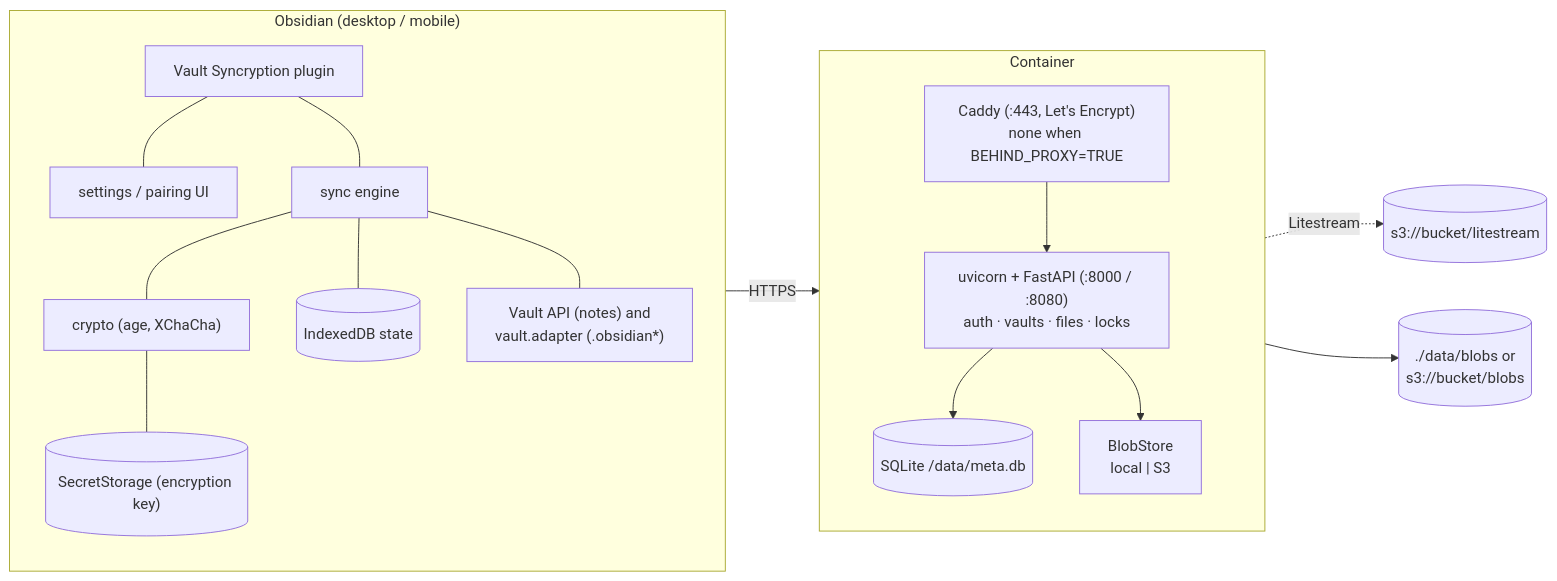
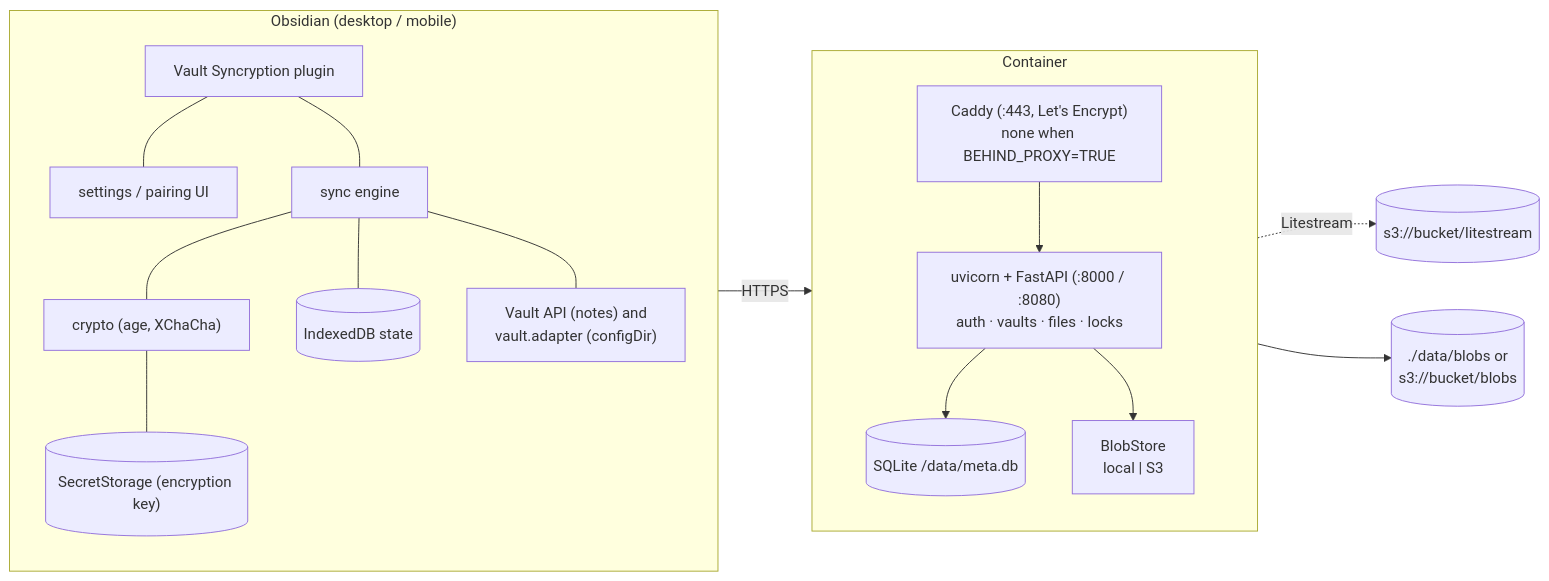
The first of 3 diagrams in docs/architecture.md (ibehren1/obsidian-vault-syncryption-beta), drawn with Mermaid before and after one commit. The commit also changed other lines of this file and 176 other files, not shown here.

````diff
--- a/docs/architecture.md
+++ b/docs/architecture.md
@@ -8,30 +8,30 @@
 ```mermaid
 flowchart LR
     subgraph client["Obsidian (desktop / mobile)"]
         direction TB
         plugin["Vault Syncryption plugin"]
         ui["settings / pairing UI"]
         engine["sync engine"]
         crypto["crypto (age, XChaCha)"]
         idb[("IndexedDB state")]
-        adapter["Vault API (notes) and<br/>vault.adapter (.obsidian*)"]
+        adapter["Vault API (notes) and<br/>vault.adapter (configDir)"]
         secret[("SecretStorage (encryption key)")]
         plugin --- ui & engine
         engine --- crypto & idb & adapter
         crypto --- secret
     end
 
     subgraph container["Container"]
         direction TB
         caddy["Caddy (:443, Let's Encrypt)<br/>none when BEHIND_PROXY=TRUE"]
         app["uvicorn + FastAPI (:8000 / :8080)<br/>auth · vaults · files · locks"]
         db[("SQLite /data/meta.db")]
         blobs["BlobStore<br/>local | S3"]
         caddy --> app
         app --> db & blobs
     end
 
     engine -- HTTPS --> caddy
     db -. Litestream .-> s3db[("s3://bucket/litestream")]
     blobs --> blobdest[("./data/blobs or<br/>s3://bucket/blobs")]
 ```
````
